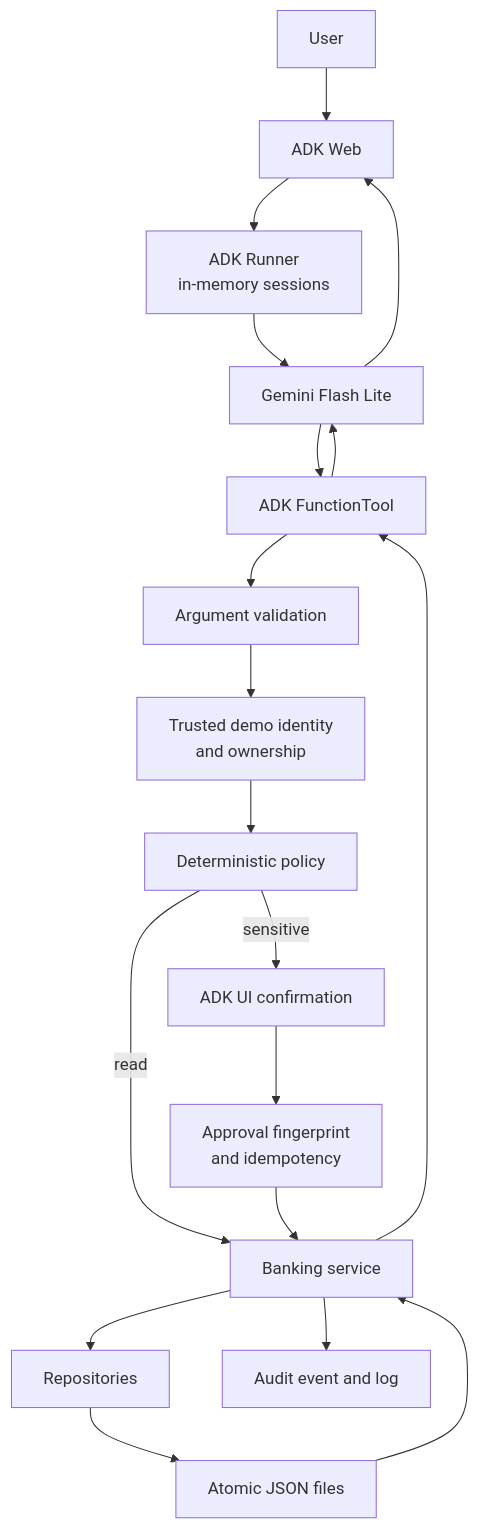
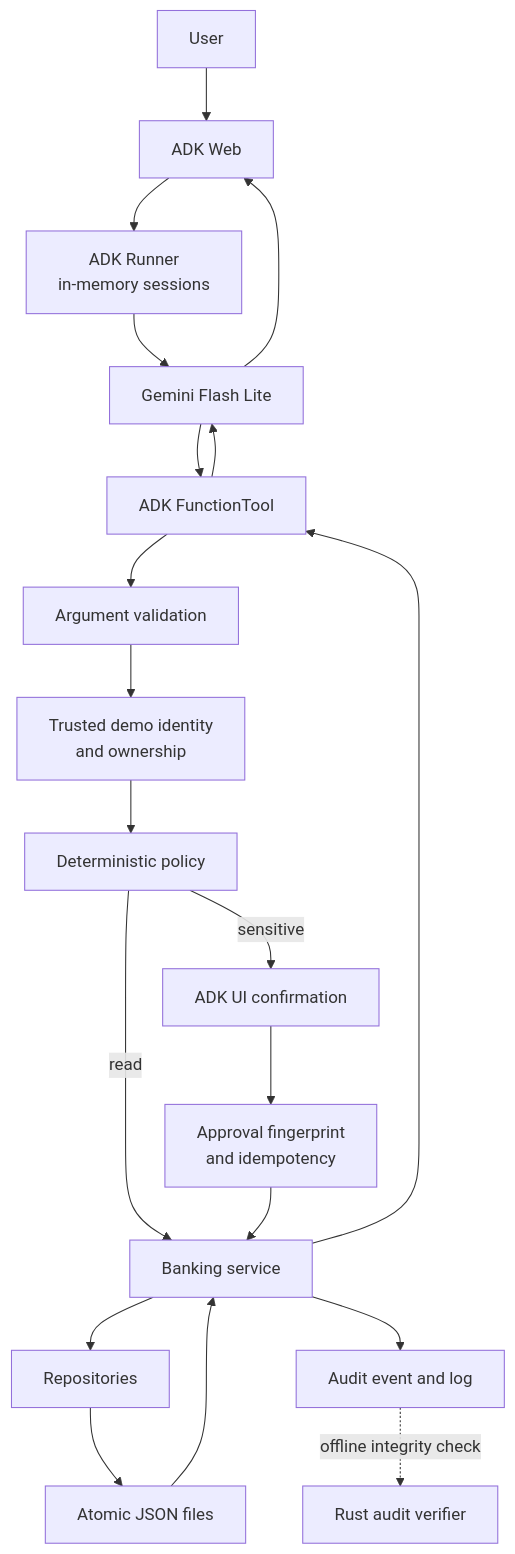
One commit to MustakimShaikh01/Harness-Demo changed the diagram in docs/ARCHITECTURE.md. Above: the diagram before and after it, drawn with Mermaid. The commit also changed other lines of this file and 36 other files, not shown here.

````diff
--- a/docs/ARCHITECTURE.md
+++ b/docs/ARCHITECTURE.md
@@ -5,21 +5,22 @@
 ```mermaid
 flowchart TB
     U[User] --> WEB[ADK Web]
     WEB --> RUNNER[ADK Runner<br/>in-memory sessions]
     RUNNER --> LLM[Gemini Flash Lite]
     LLM --> FT[ADK FunctionTool]
     FT --> VALIDATE[Argument validation]
     VALIDATE --> AUTH[Trusted demo identity<br/>and ownership]
     AUTH --> POLICY[Deterministic policy]
     POLICY -->|read| SERVICE[Banking service]
     POLICY -->|sensitive| CONFIRM[ADK UI confirmation]
     CONFIRM --> APPROVAL[Approval fingerprint<br/>and idempotency]
     APPROVAL --> SERVICE
     SERVICE --> REPO[Repositories]
     REPO --> JSON[Atomic JSON files]
     SERVICE --> AUDIT[Audit event and log]
+    AUDIT -. offline integrity check .-> RUST[Rust audit verifier]
     JSON --> SERVICE
     SERVICE --> FT
     FT --> LLM
     LLM --> WEB
 ```
````
